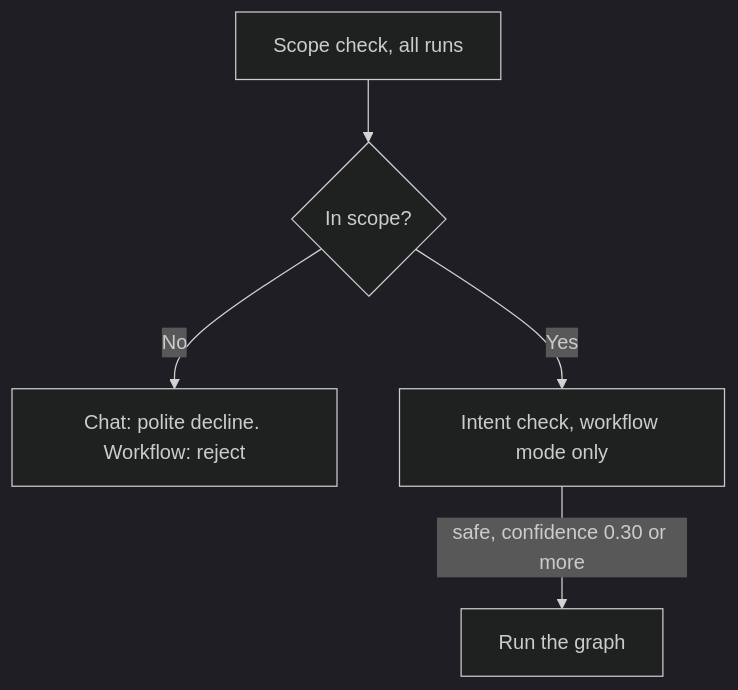
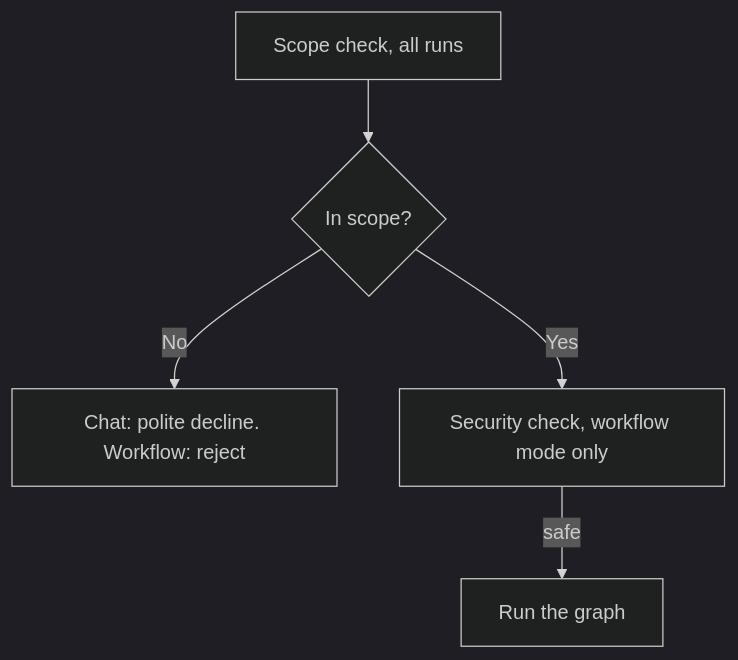
One commit to Altinn/altinn-studio changed the first of 6 diagrams in src/AI/assistant/docs/modules/graph.md. Above: the diagram before and after it, drawn with Mermaid (dark theme). The commit also changed other lines of this file and 32 other files, not shown here.

Commit message:
fix(assistant): move the clarity check from the intent gate to the agent (#21751)

````diff
--- a/src/AI/assistant/docs/modules/graph.md
+++ b/src/AI/assistant/docs/modules/graph.md
@@ -9,7 +9,7 @@
 ```mermaid
 flowchart TD
   S["Scope check, all runs"] --> Q{"In scope?"}
   Q -- No --> X["Chat: polite decline. Workflow: reject"]
-  Q -- Yes --> I["Intent check, workflow mode only"]
-  I -- "safe, confidence 0.30 or more" --> G["Run the graph"]
+  Q -- Yes --> I["Security check, workflow mode only"]
+  I -- "safe" --> G["Run the graph"]
 ```
````
